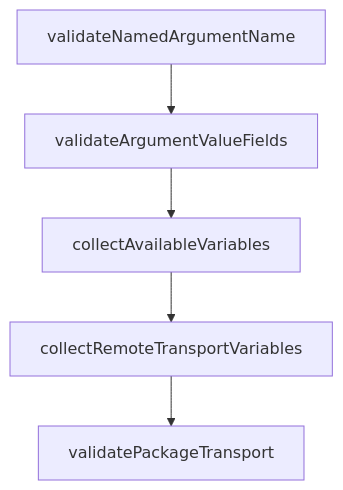
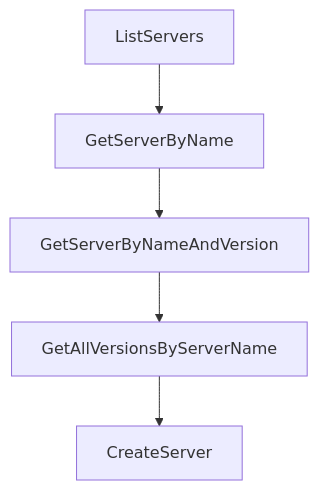
Before and after one commit to johnxie/awesome-code-docs: the diagram in tutorials/mcp-registry-tutorial/02-registry-architecture-and-data-flow.md, drawn with Mermaid. The commit also changed other lines of this file and 1232 other files, not shown here.

````diff
--- a/tutorials/mcp-registry-tutorial/02-registry-architecture-and-data-flow.md
+++ b/tutorials/mcp-registry-tutorial/02-registry-architecture-and-data-flow.md
@@ -219,12 +217,12 @@
 ```mermaid
 flowchart TD
-    A[validateNamedArgumentName]
-    B[validateArgumentValueFields]
-    C[collectAvailableVariables]
-    D[collectRemoteTransportVariables]
-    E[validatePackageTransport]
+    A[ListServers]
+    B[GetServerByName]
+    C[GetServerByNameAndVersion]
+    D[GetAllVersionsByServerName]
+    E[CreateServer]
     A --> B
     B --> C
     C --> D
     D --> E
 ```
````
